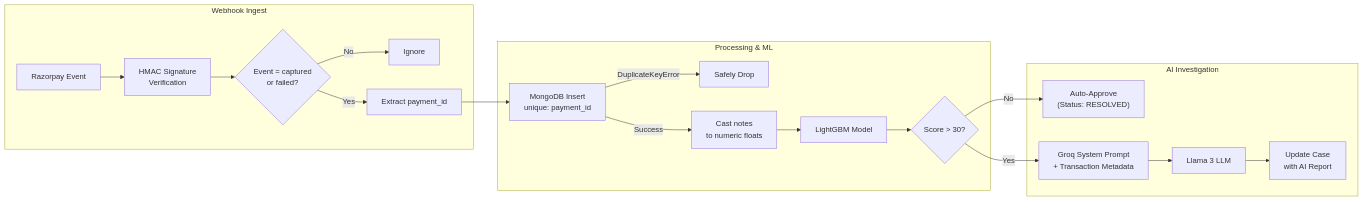
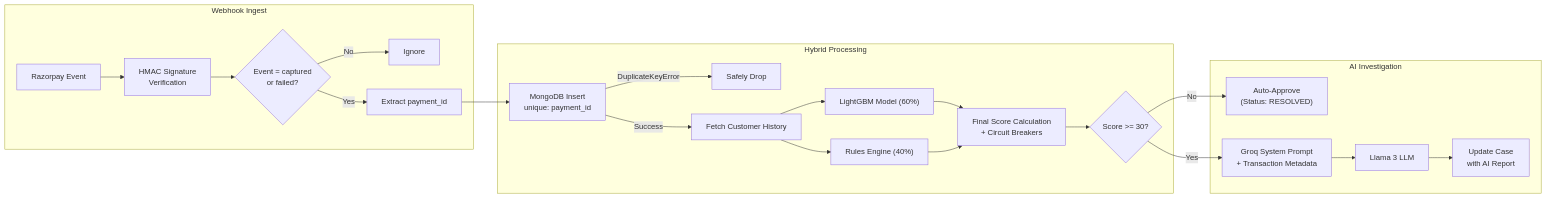
Before and after one commit to AkashSingh040/FRAUDSIGNAL: the second of 2 diagrams in README.md, drawn with Mermaid. The commit also changed other lines of this file and 3 other files, not shown here.

````diff
--- a/README.md
+++ b/README.md
@@ -150,24 +148,27 @@
 ```mermaid
 flowchart LR
     subgraph Ingest["Webhook Ingest"]
         A["Razorpay Event"] --> B["HMAC Signature\nVerification"]
         B --> C{"Event = captured\nor failed?"}
         C -- No --> D["Ignore"]
         C -- Yes --> E["Extract payment_id"]
     end
 
-    subgraph Eval["Processing & ML"]
+    subgraph Eval["Hybrid Processing"]
         E --> F["MongoDB Insert\nunique: payment_id"]
         F -- DuplicateKeyError --> G["Safely Drop"]
-        F -- Success --> H["Cast notes\nto numeric floats"]
-        H --> I["LightGBM Model"]
-        I --> J{"Score > 30?"}
+        F -- Success --> H["Fetch Customer History"]
+        H --> I["LightGBM Model (60%)"]
+        H --> R["Rules Engine (40%)"]
+        I --> S["Final Score Calculation\n+ Circuit Breakers"]
+        R --> S
+        S --> J{"Score >= 30?"}
     end
 
     subgraph AI["AI Investigation"]
         J -- No --> K["Auto-Approve\n(Status: RESOLVED)"]
         J -- Yes --> L["Groq System Prompt\n+ Transaction Metadata"]
         L --> M["Llama 3 LLM"]
         M --> N["Update Case\nwith AI Report"]
     end
 ```
````
